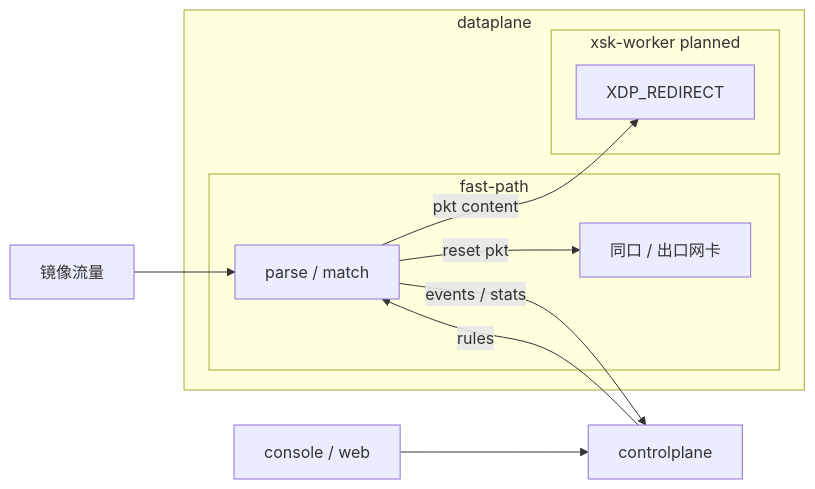
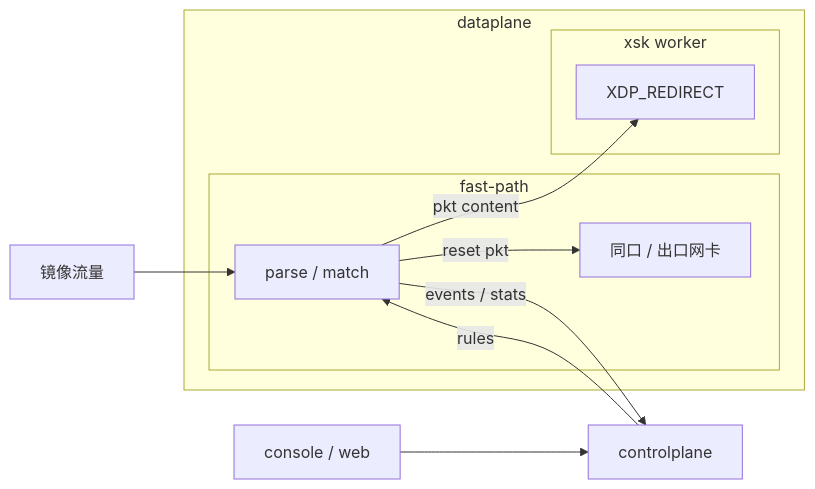
Before and after one commit to zxhio/sidersp: the diagram in README.zh-CN.md, drawn with Mermaid. The commit also changed other lines of this file and 5 other files, not shown here.

````diff
--- a/README.zh-CN.md
+++ b/README.zh-CN.md
@@ -22,20 +22,20 @@
 ```mermaid
 flowchart LR
     subgraph dp["dataplane"]
         subgraph fast["fast-path"]
             match["parse / match"]
             tx["同口 / 出口网卡"]
         end
 
-        subgraph xsk["xsk-worker planned"]
+        subgraph xsk["xsk worker"]
             redirect["XDP_REDIRECT"]
         end
     end
 
     mirror["镜像流量"] --> match
     match -->|reset pkt| tx
     match -->|pkt content| redirect
     match -->|events / stats| cp["controlplane"]
     cp -->|rules| match
     console["console / web"] --> cp
 ```
````
